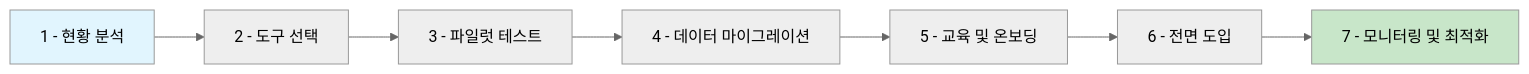
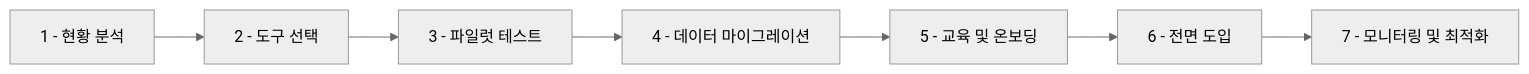
Diagram 18 of 20 in _md/genai-notion/chapter06/06-2.md (nugurejeil/weniVooks), drawn with Mermaid (neutral theme) before and after one commit. The commit also changed other lines of this file and 187 other files, not shown here.

````diff
--- a/_md/genai-notion/chapter06/06-2.md
+++ b/_md/genai-notion/chapter06/06-2.md
@@ -872,12 +839,9 @@
 ```mermaid
 graph LR
     A[1 - 현황 분석] --> B[2 - 도구 선택]
     B --> C[3 - 파일럿 테스트]
     C --> D[4 - 데이터 마이그레이션]
     D --> E[5 - 교육 및 온보딩]
     E --> F[6 - 전면 도입]
     F --> G[7 - 모니터링 및 최적화]
-
-    style A fill:#E1F5FE
-    style G fill:#C8E6C9
 ```
````
